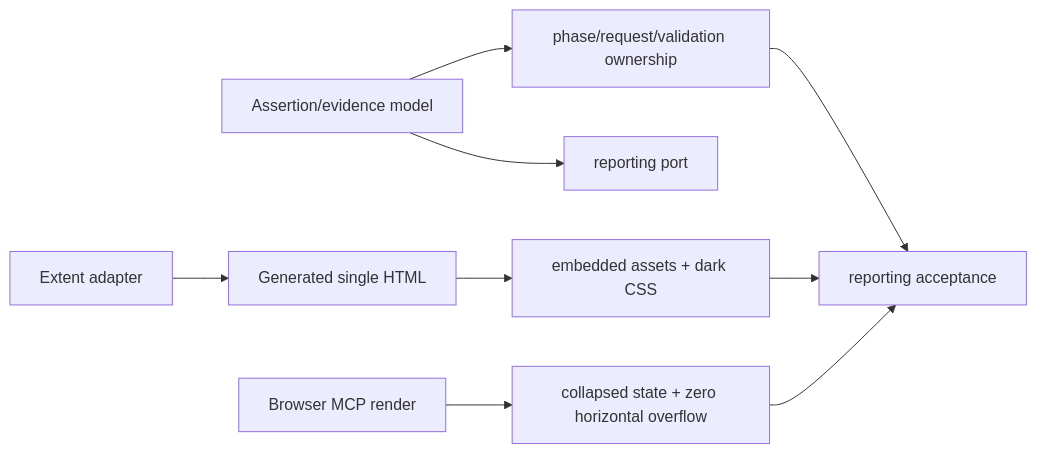
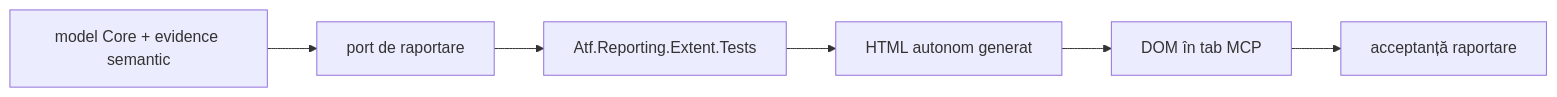
One commit to crististefanita/CS1 changed the second of 2 diagrams in Atf.Tests/Atf.Core.Tests/README.md. Above: the diagram before and after it, drawn with Mermaid. The commit also changed other lines of this file and 109 other files, not shown here.

Commit message:
Extract reporting policies and refresh ATF documentation

````diff
--- a/Atf.Tests/Atf.Core.Tests/README.md
+++ b/Atf.Tests/Atf.Core.Tests/README.md
@@ -77,11 +82,8 @@
 ```mermaid
 flowchart LR
-    Model[In-memory Extent tree] --> Structure[phase/request/validation ownership]
-    Model[Assertion/evidence model] --> Port[reporting port]
-    Extent[Extent adapter] --> Html[Generated single HTML]
-    Html --> Artifact[embedded assets + dark CSS]
-    Browser[Browser MCP render] --> UX[collapsed state + zero horizontal overflow]
-    Structure --> Acceptance[reporting acceptance]
-    Artifact --> Acceptance
-    UX --> Acceptance
+    CoreModel[model Core + evidence semantic] --> Port[port de raportare]
+    Port --> ExtentTests[Atf.Reporting.Extent.Tests]
+    ExtentTests --> Artifact[HTML autonom generat]
+    Artifact --> Mcp[DOM în tab MCP]
+    Mcp --> Acceptance[acceptanță raportare]
 ```
````
